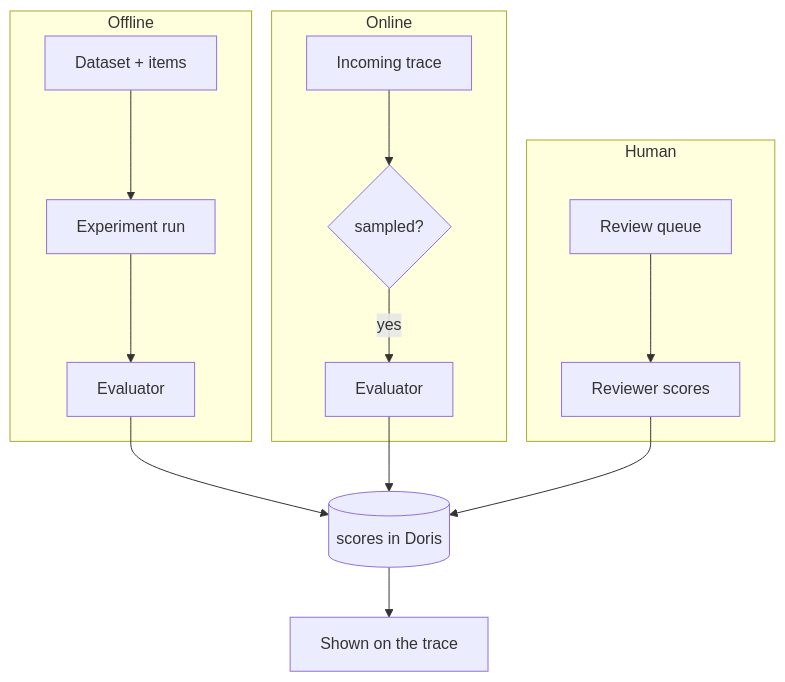
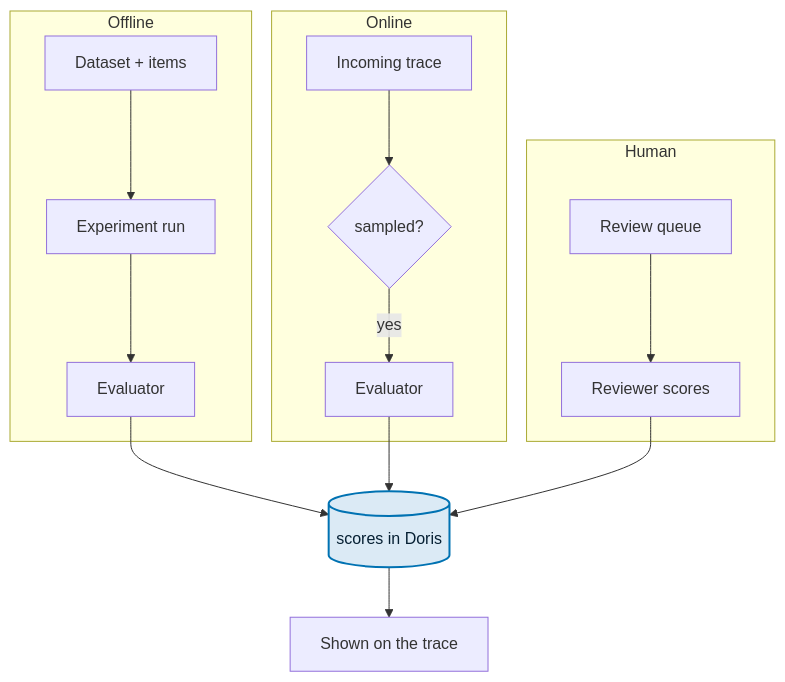
The diagram in docs/evaluation.md (memoturn/memoturn), drawn with Mermaid before and after one commit. The commit also changed 3 other files, not shown here.

````diff
--- a/docs/evaluation.md
+++ b/docs/evaluation.md
@@ -6,16 +6,19 @@
 ```mermaid
 flowchart TD
   subgraph offline[Offline]
     ds[Dataset + items] --> run[Experiment run] --> ev1[Evaluator]
   end
   subgraph online[Online]
     ing[Incoming trace] --> sample{sampled?} -->|yes| ev2[Evaluator]
   end
   subgraph human[Human]
     q[Review queue] --> rev[Reviewer scores]
   end
   ev1 --> score[(scores in Doris)]
   ev2 --> score
   rev --> score
   score --> trace[Shown on the trace]
+
+  classDef focal fill:#dbeaf5,stroke:#0072B2,stroke-width:2px,color:#062033
+  class score focal
 ```
````
